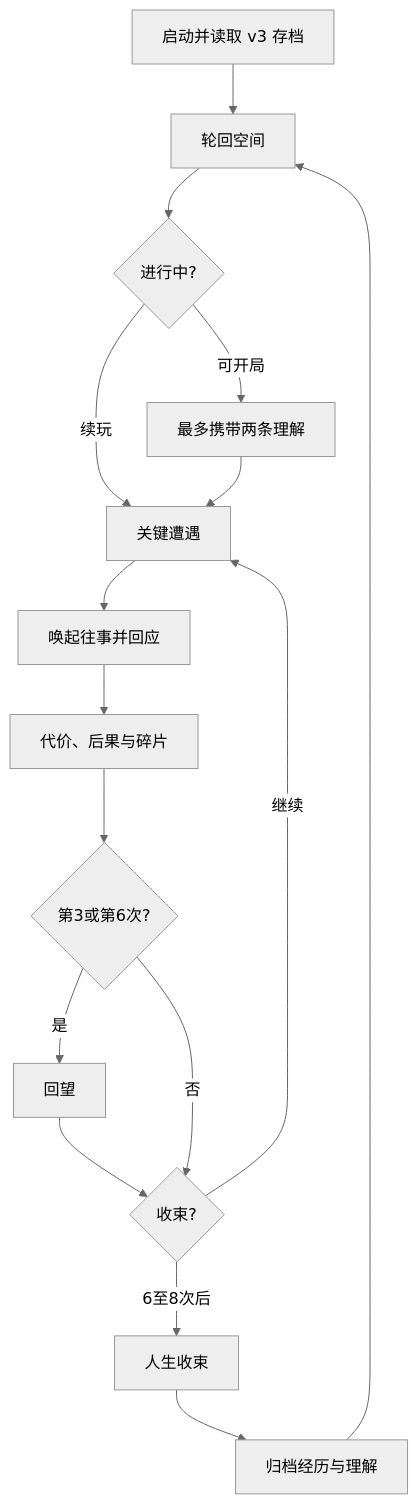
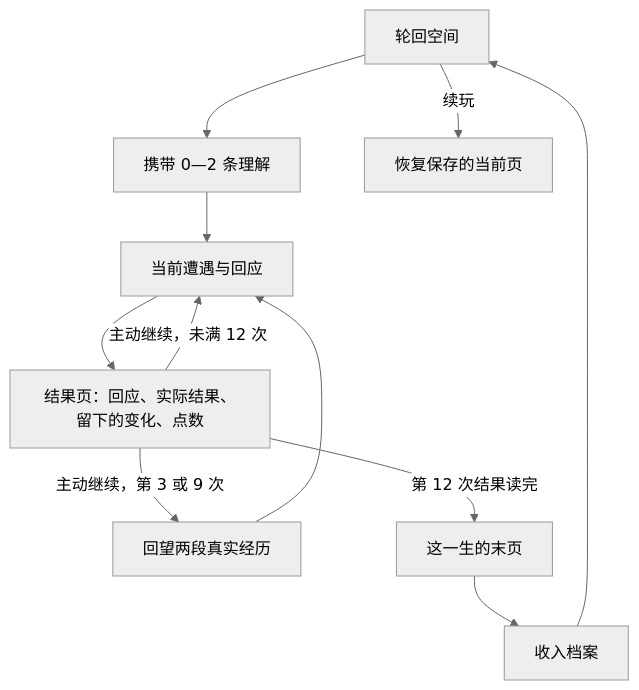
One commit to lemon08x/reincarnation-life changed the diagram in Game_Design.md. Above: the diagram before and after it, drawn with Mermaid (neutral theme). The commit also changed other lines of this file and 86 other files, not shown here.

````diff
--- a/Game_Design.md
+++ b/Game_Design.md
@@ -63,18 +30,13 @@
 ```mermaid
 flowchart TD
-    A[启动并读取 v3 存档] --> B[轮回空间]
-    B --> C{进行中?}
-    C -->|续玩| E[关键遭遇]
-    C -->|可开局| D[最多携带两条理解]
-    D --> E
-    E --> F[唤起往事并回应]
-    F --> G[代价、后果与碎片]
-    G --> H{第3或第6次?}
-    H -->|是| I[回望]
-    I --> J{收束?}
-    H -->|否| J
-    J -->|继续| E
-    J -->|6至8次后| K[人生收束]
-    K --> L[归档经历与理解]
-    L --> B
+  H[轮回空间] --> C[携带 0—2 条理解]
+  H -->|续玩| P[恢复保存的当前页]
+  C --> E[当前遭遇与回应]
+  E --> R[结果页：回应、实际结果、留下的变化、点数]
+  R -->|主动继续，第 3 或 9 次| Q[回望两段真实经历]
+  Q --> E
+  R -->|主动继续，未满 12 次| E
+  R -->|第 12 次结果读完| Z[这一生的末页]
+  Z --> A[收入档案]
+  A --> H
 ```
````
